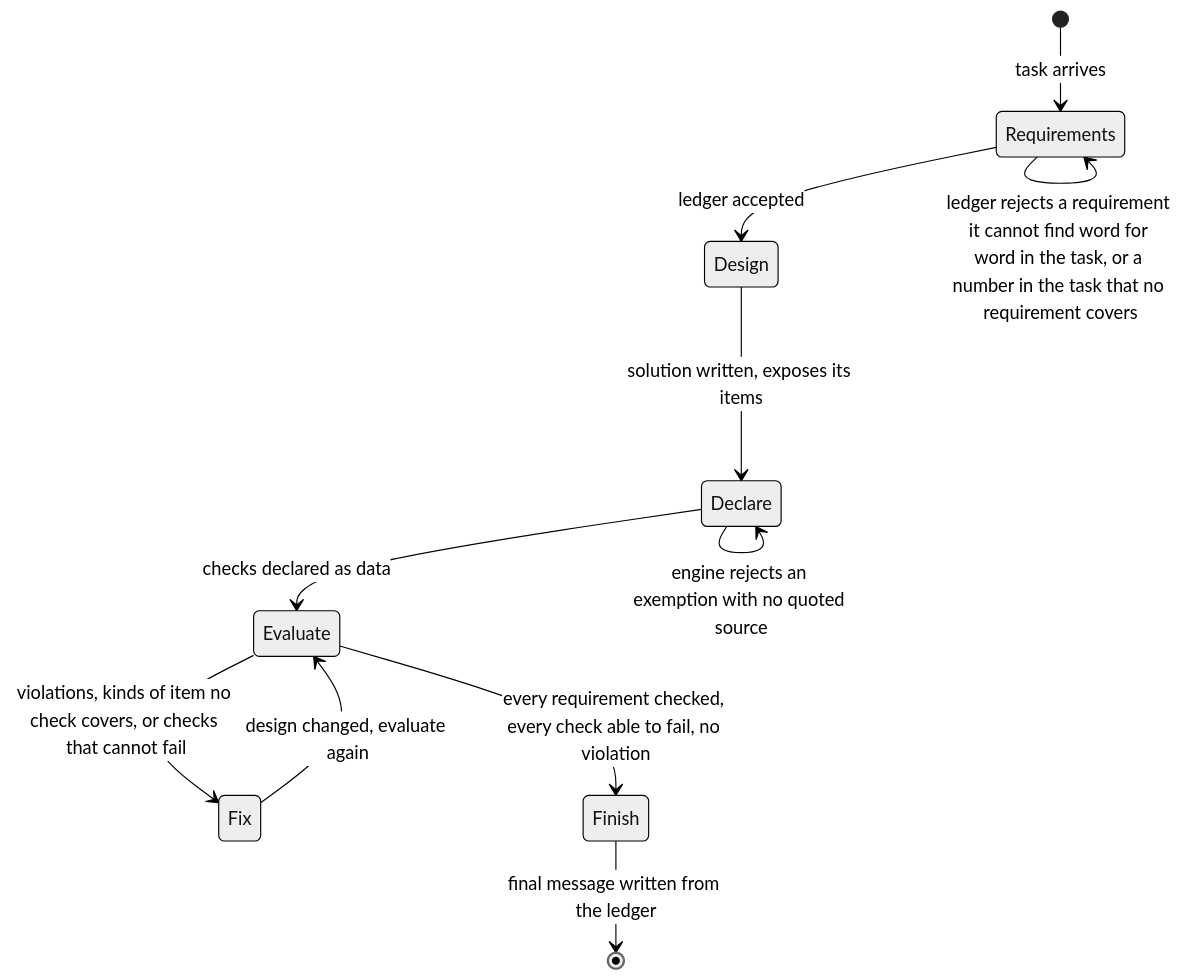
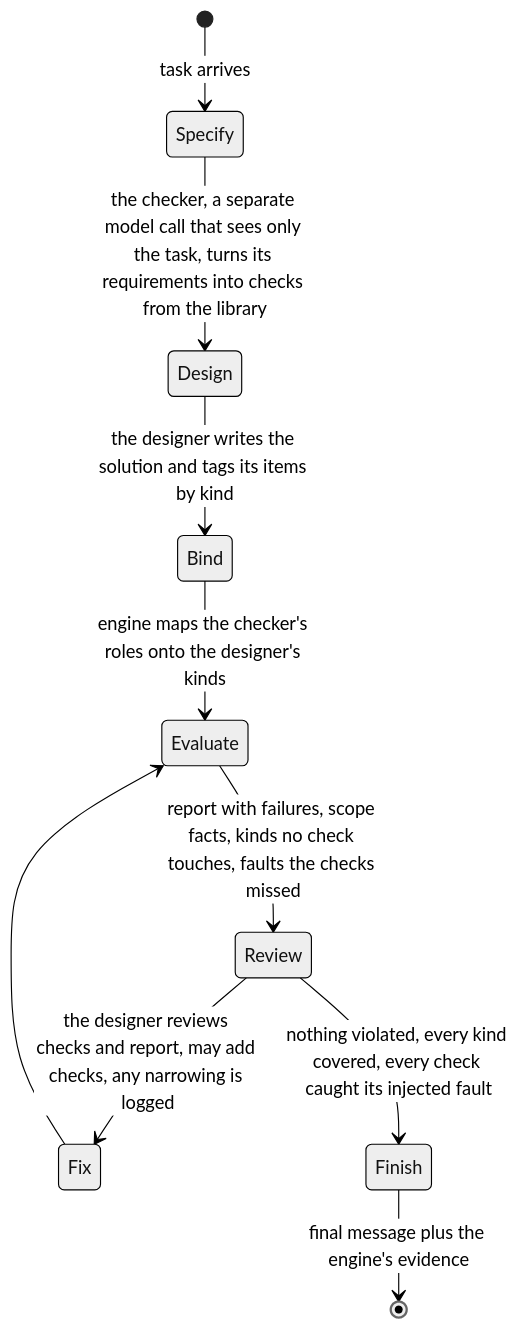
One commit to SophusRosendahl/ple-submission changed the diagram in docs/figures/fig4-structured-workflow.mmd. Above: the diagram before and after it, drawn with Mermaid (neutral theme). The commit also changed 6 other files, not shown here.

First line of the commit message:
Rung 3 redesigned: strict engine with a check library, an independent checker, a reviewing designer; no quote validation

```diff
--- a/docs/figures/fig4-structured-workflow.mmd
+++ b/docs/figures/fig4-structured-workflow.mmd
@@ -1,11 +1,10 @@
 stateDiagram-v2
-  [*] --> Requirements: task arrives
-  Requirements --> Requirements: ledger rejects a requirement it cannot find word for word in the task, or a number in the task that no requirement covers
-  Requirements --> Design: ledger accepted
-  Design --> Declare: solution written, exposes its items
-  Declare --> Declare: engine rejects an exemption with no quoted source
-  Declare --> Evaluate: checks declared as data
-  Evaluate --> Fix: violations, kinds of item no check covers, or checks that cannot fail
-  Fix --> Evaluate: design changed, evaluate again
-  Evaluate --> Finish: every requirement checked, every check able to fail, no violation
-  Finish --> [*]: final message written from the ledger
+  [*] --> Specify: task arrives
+  Specify --> Design: the checker, a separate model call that sees only the task, turns its requirements into checks from the library
+  Design --> Bind: the designer writes the solution and tags its items by kind
+  Bind --> Evaluate: engine maps the checker's roles onto the designer's kinds
+  Evaluate --> Review: report with failures, scope facts, kinds no check touches, faults the checks missed
+  Review --> Fix: the designer reviews checks and report, may add checks, any narrowing is logged
+  Fix --> Evaluate
+  Review --> Finish: nothing violated, every kind covered, every check caught its injected fault
+  Finish --> [*]: final message plus the engine's evidence
```
